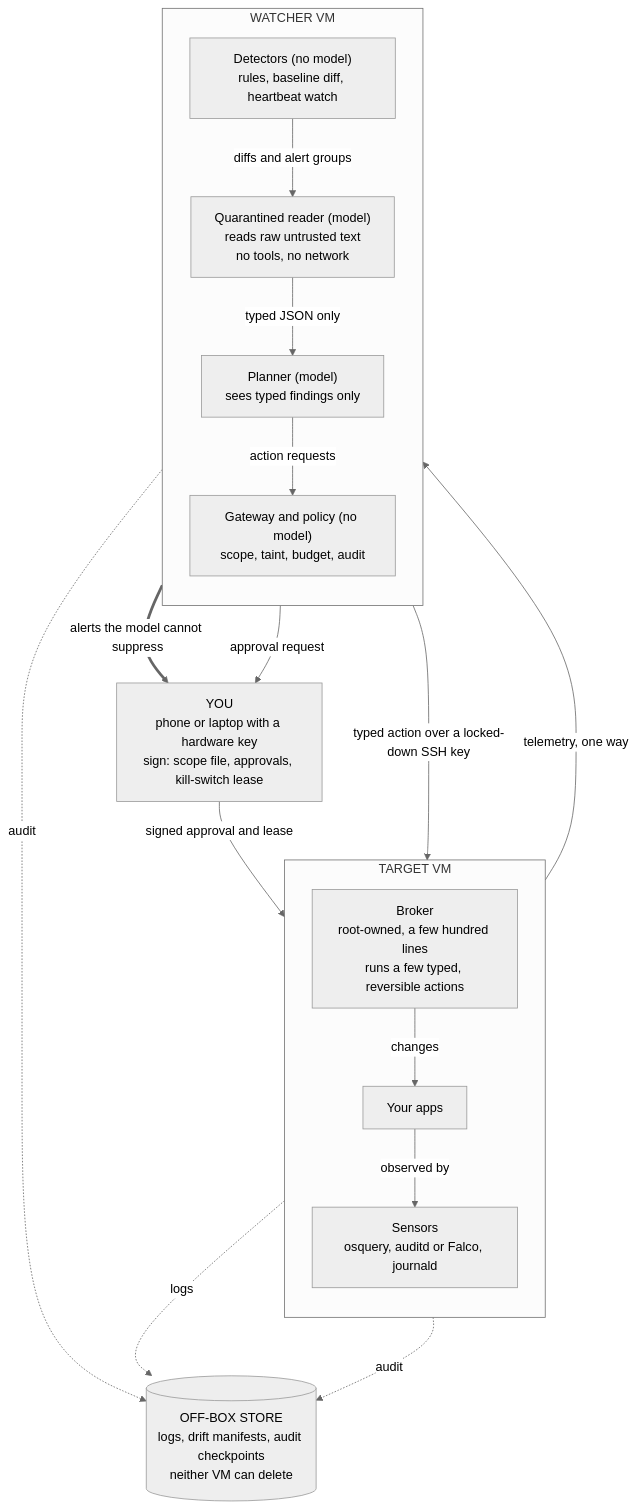
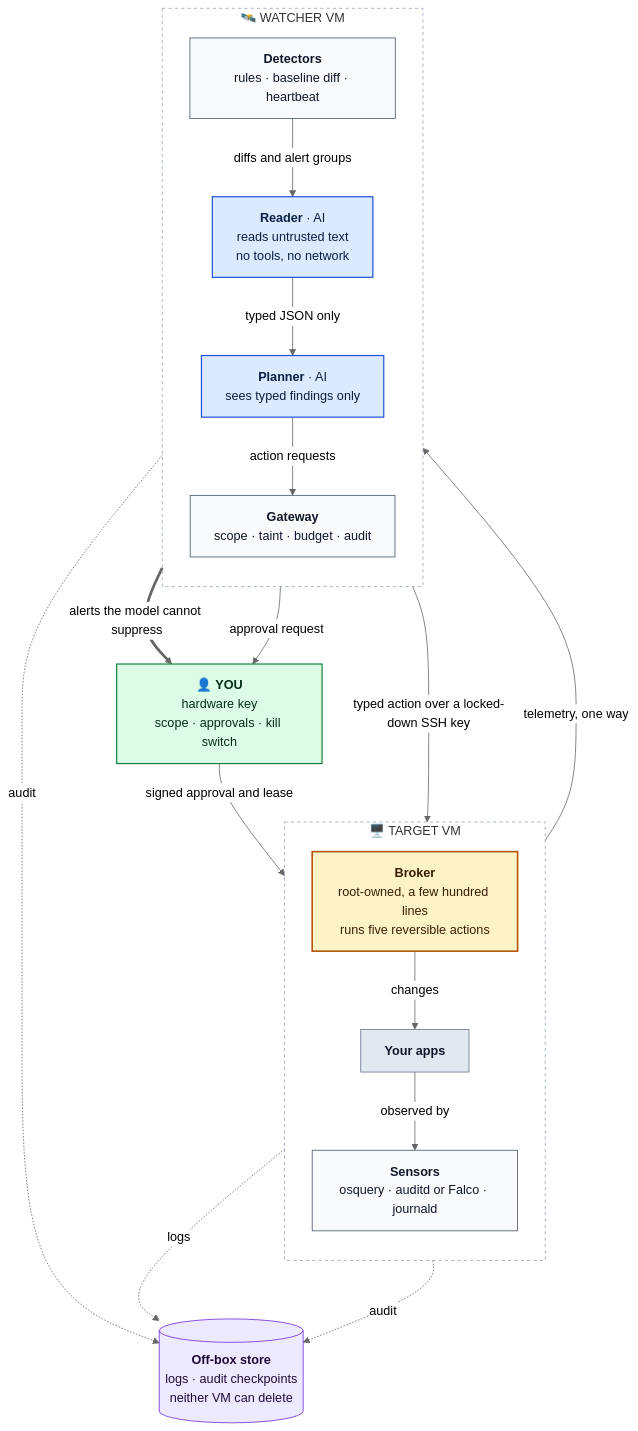
One commit to Thunderk3g/Arbor changed the first of 4 diagrams in README.md. Above: the diagram before and after it, drawn with Mermaid (neutral theme). The commit also changed other lines of this file, not shown here.

First line of the commit message:
Redesign README: current state only, visual layout

````diff
--- a/README.md
+++ b/README.md
@@ -78,36 +97,51 @@
 ```mermaid
 flowchart TB
-    subgraph target["TARGET VM"]
+    subgraph target["🖥️  TARGET VM"]
         direction TB
-        broker["Broker<br/>root-owned, a few hundred lines<br/>runs a few typed, reversible actions"]
-        apps["Your apps"]
-        sensors["Sensors<br/>osquery, auditd or Falco, journald"]
+        broker["<b>Broker</b><br/>root-owned, a few hundred lines<br/>runs five reversible actions"]
+        apps["<b>Your apps</b>"]
+        sensors["<b>Sensors</b><br/>osquery · auditd or Falco · journald"]
     end
 
-    subgraph watcher["WATCHER VM"]
+    subgraph watcher["🛰️  WATCHER VM"]
         direction TB
-        detectors["Detectors (no model)<br/>rules, baseline diff, heartbeat watch"]
-        reader["Quarantined reader (model)<br/>reads raw untrusted text<br/>no tools, no network"]
-        planner["Planner (model)<br/>sees typed findings only"]
-        gateway["Gateway and policy (no model)<br/>scope, taint, budget, audit"]
+        detectors["<b>Detectors</b><br/>rules · baseline diff · heartbeat"]
+        reader["<b>Reader</b> · AI<br/>reads untrusted text<br/>no tools, no network"]
+        planner["<b>Planner</b> · AI<br/>sees typed findings only"]
+        gateway["<b>Gateway</b><br/>scope · taint · budget · audit"]
     end
 
-    you["YOU<br/>phone or laptop with a hardware key<br/>sign: scope file, approvals, kill-switch lease"]
-    sink[("OFF-BOX STORE<br/>logs, drift manifests, audit checkpoints<br/>neither VM can delete")]
+    you["👤 <b>YOU</b><br/>hardware key<br/>scope · approvals · kill switch"]
+    sink[("<b>Off-box store</b><br/>logs · audit checkpoints<br/>neither VM can delete")]
 
-    broker -->|"changes"| apps
-    apps -->|"observed by"| sensors
-    sensors -->|"telemetry, one way"| detectors
-    detectors -->|"diffs and alert groups"| reader
-    reader -->|"typed JSON only"| planner
-    planner -->|"action requests"| gateway
-    gateway -->|"typed action over a locked-down SSH key"| broker
+    broker -->|changes| apps
+    apps -->|observed by| sensors
+    sensors -->|telemetry, one way| detectors
+    detectors -->|diffs and alert groups| reader
+    reader -->|typed JSON only| planner
+    planner -->|action requests| gateway
+    gateway -->|typed action over a locked-down SSH key| broker
 
-    detectors ==>|"alerts the model cannot suppress"| you
-    gateway -->|"approval request"| you
-    you -->|"signed approval and lease"| broker
+    detectors ==>|alerts the model cannot suppress| you
+    gateway -->|approval request| you
+    you -->|signed approval and lease| broker
 
-    sensors -.->|"logs"| sink
-    gateway -.->|"audit"| sink
-    broker -.->|"audit"| sink
+    sensors -.->|logs| sink
+    gateway -.->|audit| sink
+    broker -.->|audit| sink
+
+    classDef ai fill:#DBEAFE,stroke:#1D4ED8,color:#0B1F44,stroke-width:1.5px
+    classDef code fill:#F8FAFC,stroke:#475569,color:#0F172A
+    classDef priv fill:#FEF3C7,stroke:#B45309,color:#3B1D04,stroke-width:2px
+    classDef person fill:#DCFCE7,stroke:#15803D,color:#052E16,stroke-width:1.5px
+    classDef store fill:#EDE9FE,stroke:#6D28D9,color:#1E0B3B
+    classDef app fill:#E2E8F0,stroke:#64748B,color:#0F172A
+    class reader,planner ai
+    class detectors,gateway,sensors code
+    class broker priv
+    class you person
+    class sink store
+    class apps app
+    style target fill:transparent,stroke:#94A3B8,stroke-dasharray:4 4
+    style watcher fill:transparent,stroke:#94A3B8,stroke-dasharray:4 4
 ```
````
